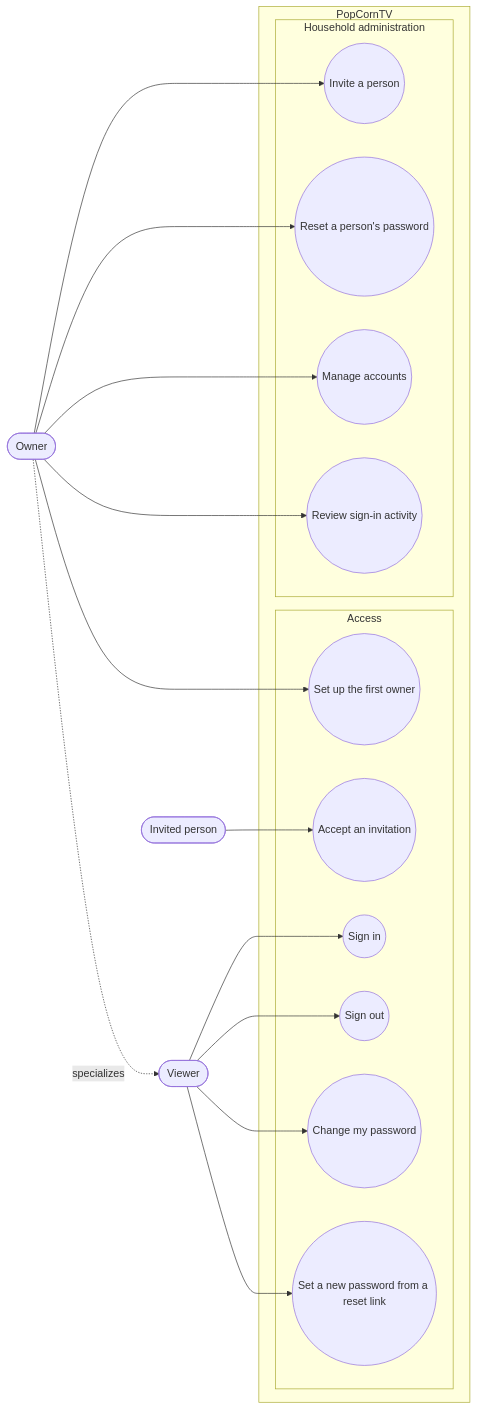
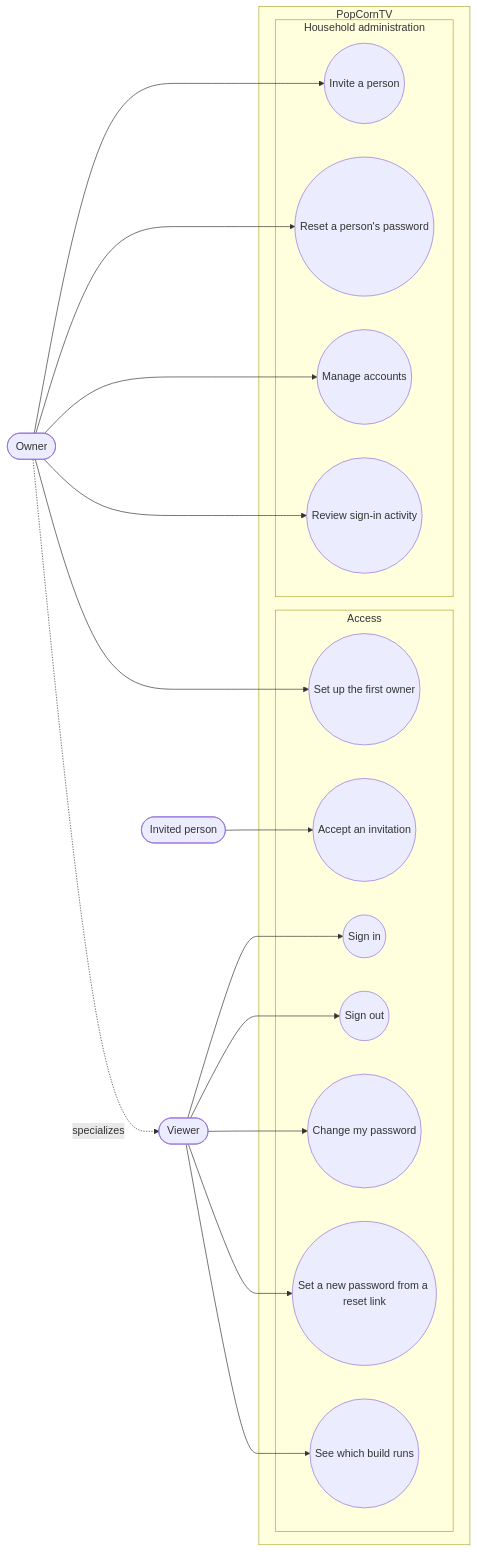
Before and after one commit to benoit-bremaud/popcorntv: the diagram in docs/architecture/diagrams/auth/01-use-case.md, drawn with Mermaid. The commit also changed 5 other files, not shown here.

````diff
--- a/docs/architecture/diagrams/auth/01-use-case.md
+++ b/docs/architecture/diagrams/auth/01-use-case.md
@@ -16,35 +16,37 @@
 ```mermaid
 flowchart LR
   Viewer(["Viewer"])
   Owner(["Owner"])
   Guest(["Invited person"])
   Owner -. "specializes" .-> Viewer
 
   subgraph PopCornTV["PopCornTV"]
     subgraph Access["Access"]
       UC11(("Set up the first owner"))
       UC12(("Accept an invitation"))
       UC13(("Sign in"))
       UC14(("Sign out"))
       UC19(("Change my password"))
       UC20(("Set a new password from a reset link"))
+      UC27(("See which build runs"))
     end
     subgraph Admin["Household administration"]
       UC15(("Invite a person"))
       UC16(("Reset a person's password"))
       UC17(("Manage accounts"))
       UC18(("Review sign-in activity"))
     end
   end
 
   Viewer --> UC13
   Viewer --> UC14
   Viewer --> UC19
   Viewer --> UC20
+  Viewer --> UC27
   Guest --> UC12
   Owner --> UC11
   Owner --> UC15
   Owner --> UC16
   Owner --> UC17
   Owner --> UC18
 ```
````
